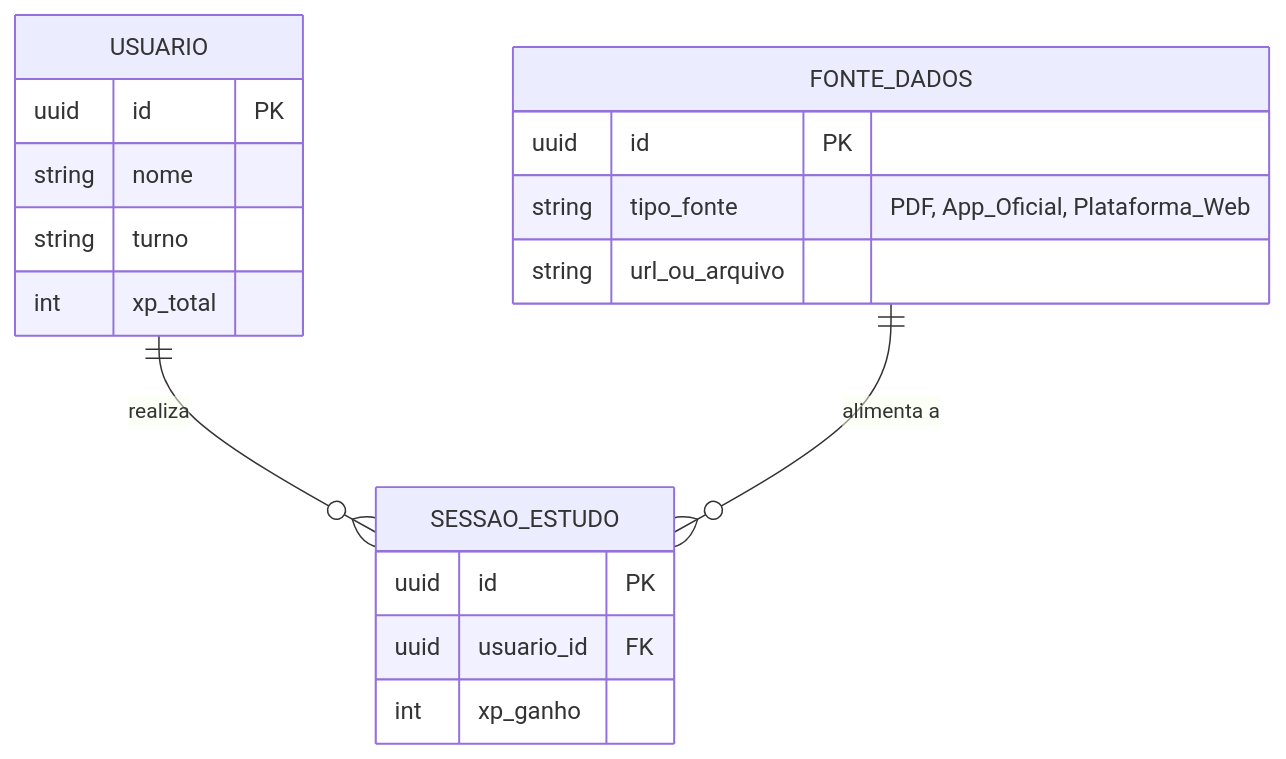
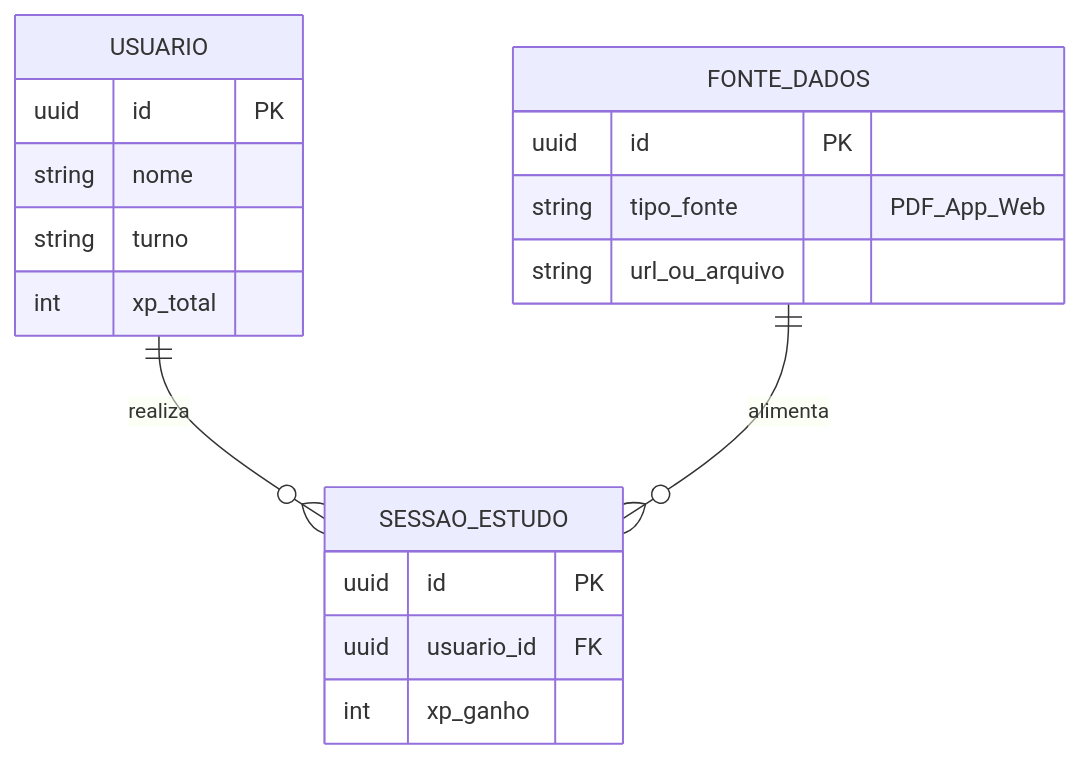
Before and after one commit to gebbar30/studyquest: the second of 2 diagrams in docs/03_arquitetura_BoraAI.md, drawn with Mermaid. The commit also changed other lines of this file, not shown here.

Commit message:
Refactor architecture documentation for clarity

````diff
--- a/docs/03_arquitetura_BoraAI.md
+++ b/docs/03_arquitetura_BoraAI.md
@@ -43,22 +45,21 @@
 ```mermaid
 erDiagram
     USUARIO {
         uuid id PK
         string nome
         string turno
         int xp_total
     }
     FONTE_DADOS {
         uuid id PK
-        string tipo_fonte "PDF, App_Oficial, Plataforma_Web"
+        string tipo_fonte "PDF_App_Web"
         string url_ou_arquivo
     }
     SESSAO_ESTUDO {
         uuid id PK
         uuid usuario_id FK
         int xp_ganho
     }
-    USUARIO ||--o{ SESSAO_ESTUDO : "realiza"
-    FONTE_DADOS ||--o{ SESSAO_ESTUDO : "alimenta a"
-
+    USUARIO ||--o{ SESSAO_ESTUDO : realiza
+    FONTE_DADOS ||--o{ SESSAO_ESTUDO : alimenta
 ```
````
